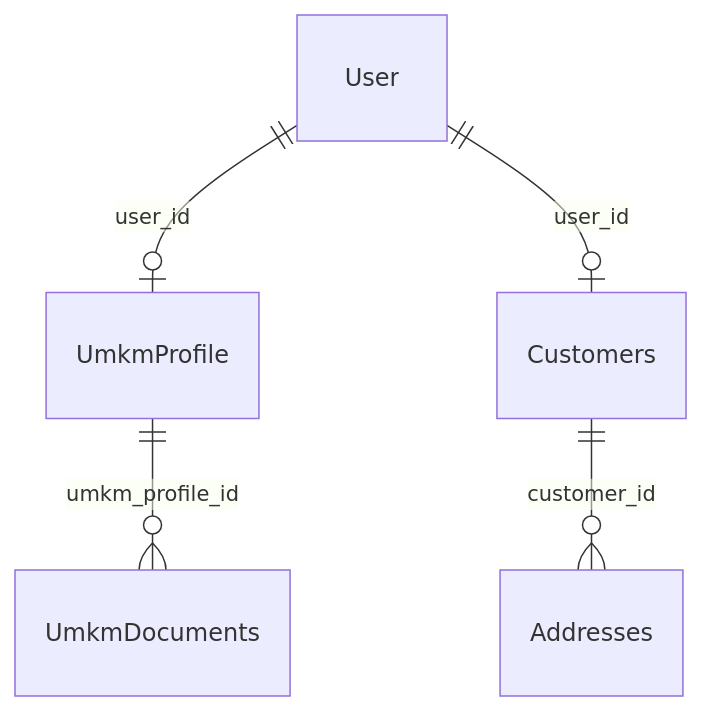
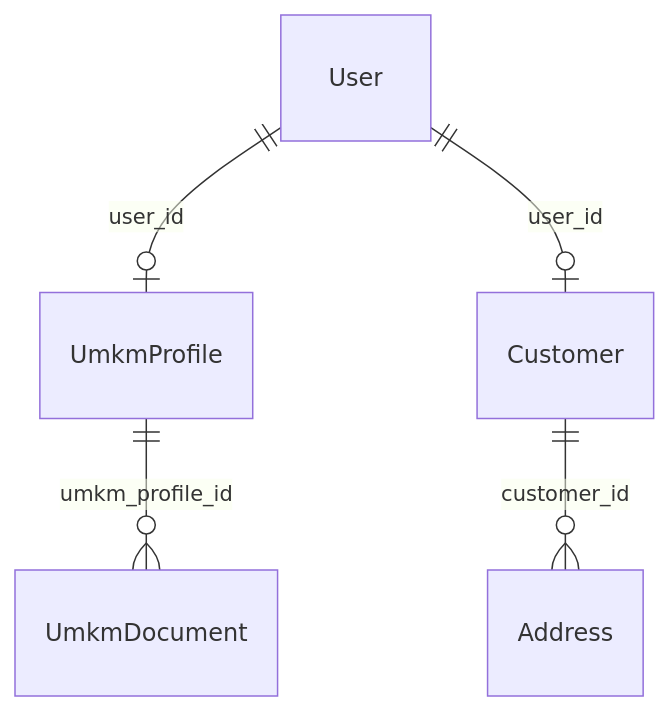
One commit to JarJel/BUMDESMart changed the second of 4 diagrams in diagram_relasi_model.md. Above: the diagram before and after it, drawn with Mermaid. The commit also changed other lines of this file and 29 other files, not shown here.

````diff
--- a/diagram_relasi_model.md
+++ b/diagram_relasi_model.md
@@ -62,7 +62,7 @@
 ```mermaid
 erDiagram
     User ||--o| UmkmProfile : "user_id"
-    User ||--o| Customers : "user_id"
-    UmkmProfile ||--o{ UmkmDocuments : "umkm_profile_id"
-    Customers ||--o{ Addresses : "customer_id"
+    User ||--o| Customer : "user_id"
+    UmkmProfile ||--o{ UmkmDocument : "umkm_profile_id"
+    Customer ||--o{ Address : "customer_id"
 ```
````
